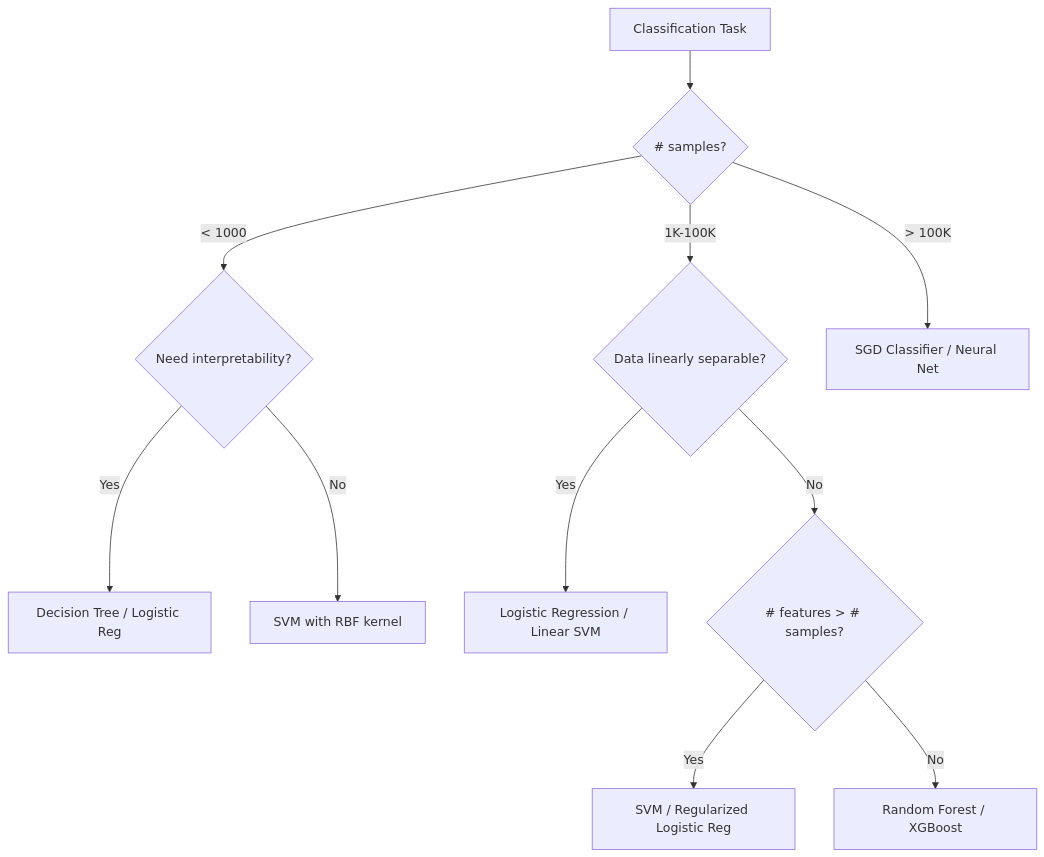
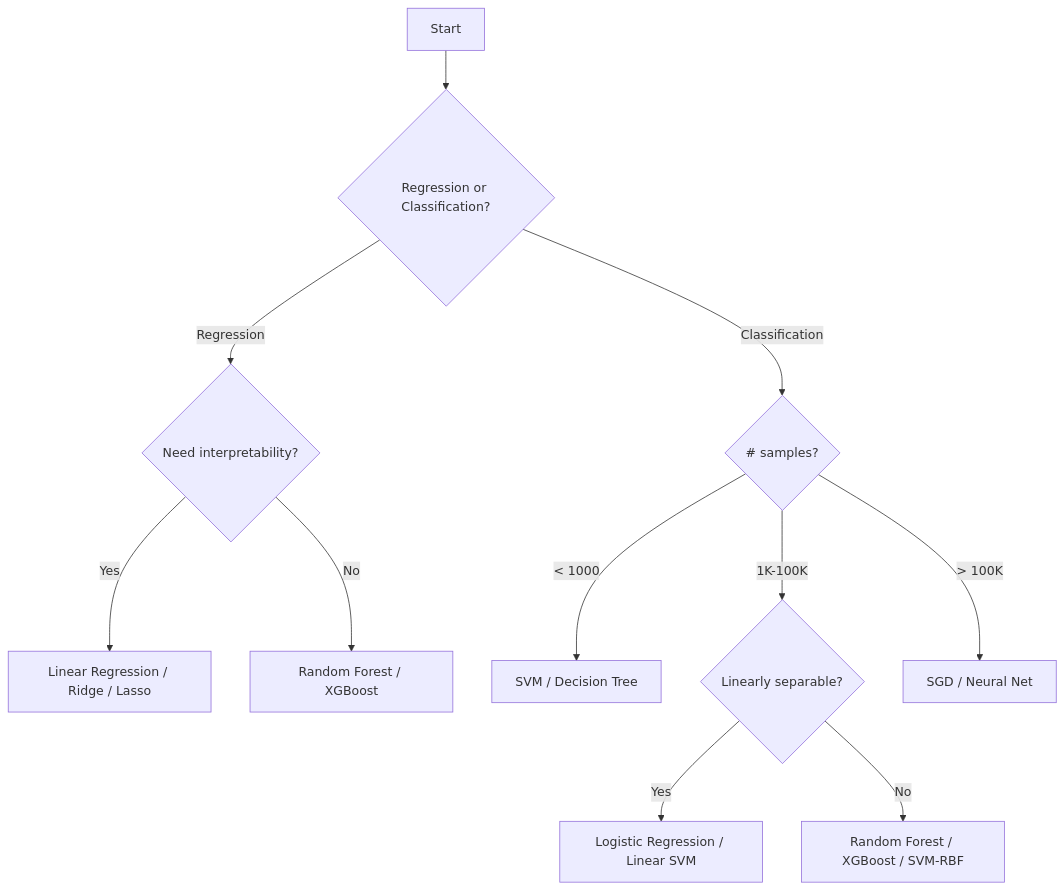
Before and after one commit to harsh786/System-Design: the diagram in AI-ML-DL/02-Machine-Learning/01-Supervised-Learning/README.md, drawn with Mermaid. The commit also changed other lines of this file and 86 other files, not shown here.

````diff
--- a/AI-ML-DL/02-Machine-Learning/01-Supervised-Learning/README.md
+++ b/AI-ML-DL/02-Machine-Learning/01-Supervised-Learning/README.md
@@ -527,16 +29,13 @@
 ```mermaid
 graph TD
-    A[Classification Task] --> B{# samples?}
-    B -->|< 1000| C{Need interpretability?}
-    B -->|1K-100K| D{Data linearly separable?}
-    B -->|> 100K| E[SGD Classifier / Neural Net]
-    
-    C -->|Yes| F[Decision Tree / Logistic Reg]
-    C -->|No| G[SVM with RBF kernel]
-    
-    D -->|Yes| H[Logistic Regression / Linear SVM]
-    D -->|No| I{# features > # samples?}
-    
-    I -->|Yes| J[SVM / Regularized Logistic Reg]
-    I -->|No| K[Random Forest / XGBoost]
+    A[Start] --> B{Regression or Classification?}
+    B -->|Regression| C{Need interpretability?}
+    B -->|Classification| D{# samples?}
+    C -->|Yes| E[Linear Regression / Ridge / Lasso]
+    C -->|No| F[Random Forest / XGBoost]
+    D -->|< 1000| G[SVM / Decision Tree]
+    D -->|1K-100K| H{Linearly separable?}
+    D -->|> 100K| I[SGD / Neural Net]
+    H -->|Yes| J[Logistic Regression / Linear SVM]
+    H -->|No| K[Random Forest / XGBoost / SVM-RBF]
 ```
````
